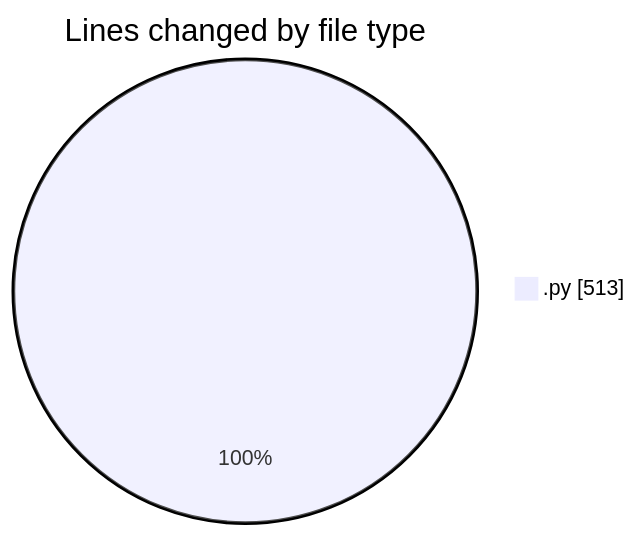
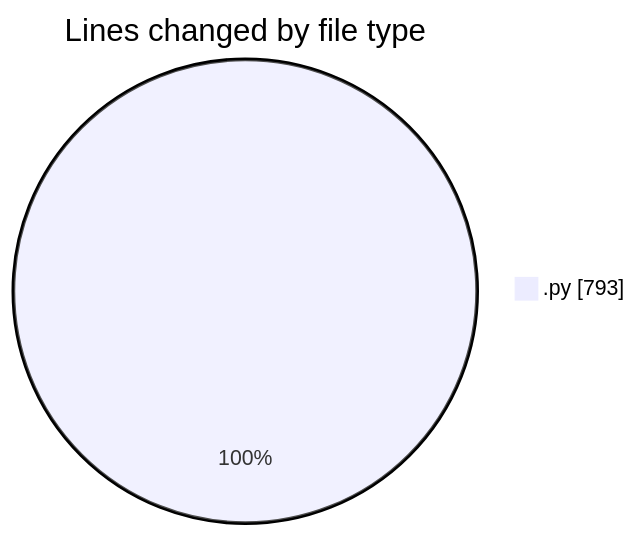
Before and after one commit to lephambinh05/code-tracking: the first of 2 diagrams in 2025-07-21/reg/README.md, drawn with Mermaid. The commit also changed other lines of this file and 1 other file, not shown here.

````diff
--- a/2025-07-21/reg/README.md
+++ b/2025-07-21/reg/README.md
@@ -22,5 +23,5 @@
 ```mermaid
 pie showData
 title Lines changed by file type
-".py" : 513
+".py" : 793
 ```
````
